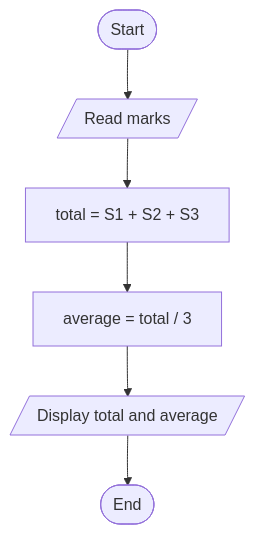
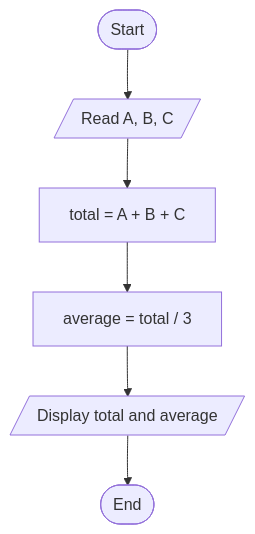
The first of 9 diagrams in w47/README.md (hoss-java/lessons), drawn with Mermaid before and after one commit. The commit also changed other lines of this file, not shown here.

````diff
--- a/w47/README.md
+++ b/w47/README.md
@@ -17,8 +15,8 @@
 ```mermaid
 flowchart TD
-  Start([Start]) --> Input[/"Read marks"/]
-  Input --> Sum["total = S1 + S2 + S3"]
+  Start([Start]) --> Input[/"Read A, B, C"/]
+  Input --> Sum["total = A + B + C"]
   Sum --> Avg["average = total / 3"]
   Avg --> Output[/"Display total and average"/]
   Output --> End([End])
 ```
````
